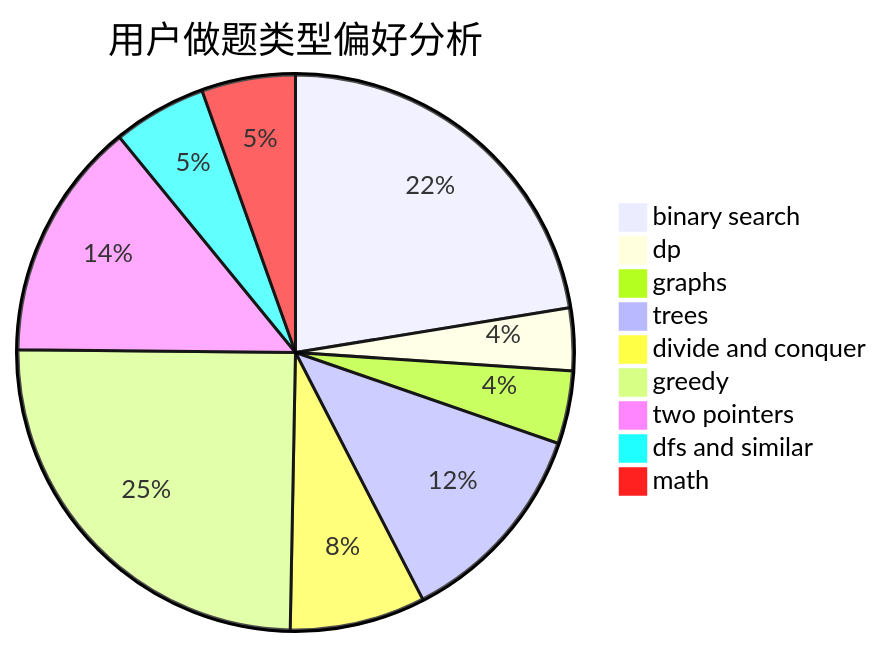
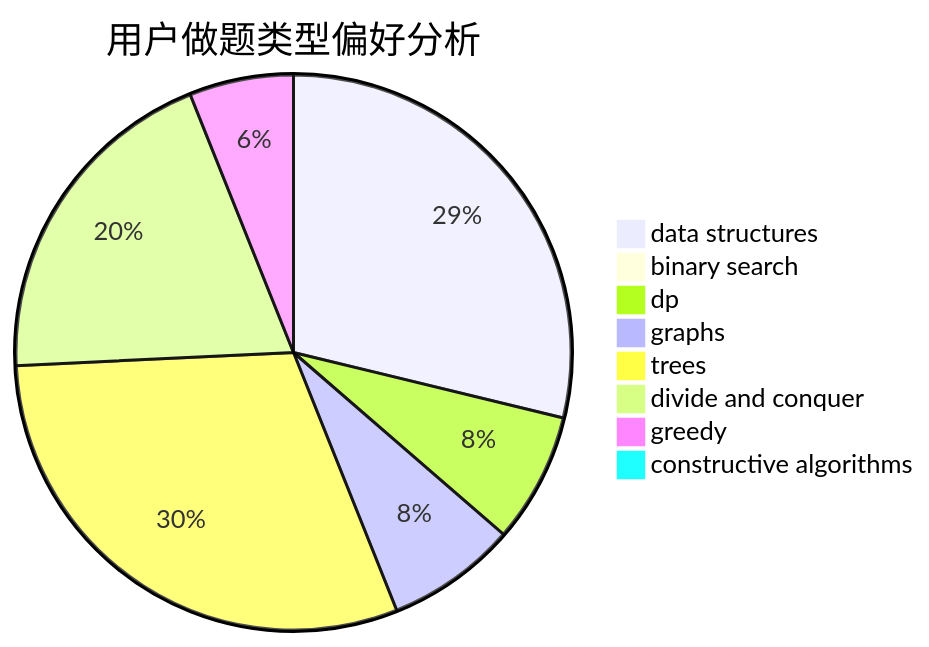
The second of 3 diagrams in docs/user/u1001.md (sherpahu/cfrs.github.io), drawn with Mermaid before and after one commit. The commit also changed other lines of this file and 2775 other files, not shown here.

````diff
--- a/docs/user/u1001.md
+++ b/docs/user/u1001.md
@@ -23,12 +23,11 @@
 ```mermaid
 pie title 用户做题类型偏好分析
-    "binary search" :  37
-    "dp" :  6
-    "graphs" :  7
+    "data structures" :  19
+    "binary search" :  0
+    "dp" :  5
+    "graphs" :  5
     "trees" :  20
     "divide and conquer" :  13
-    "greedy" :  41
-    "two pointers" :  23
-    "dfs and similar" :  9
-    "math" :  9
+    "greedy" :  4
+    "constructive algorithms" :  0
 ```
````
